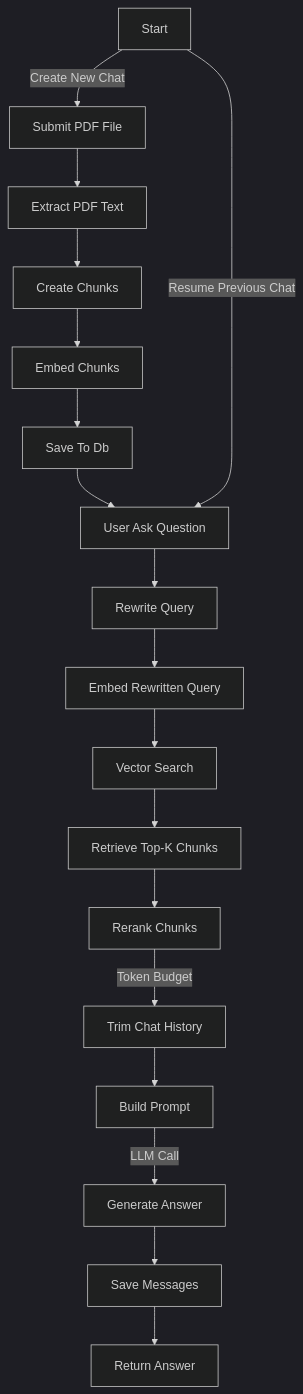
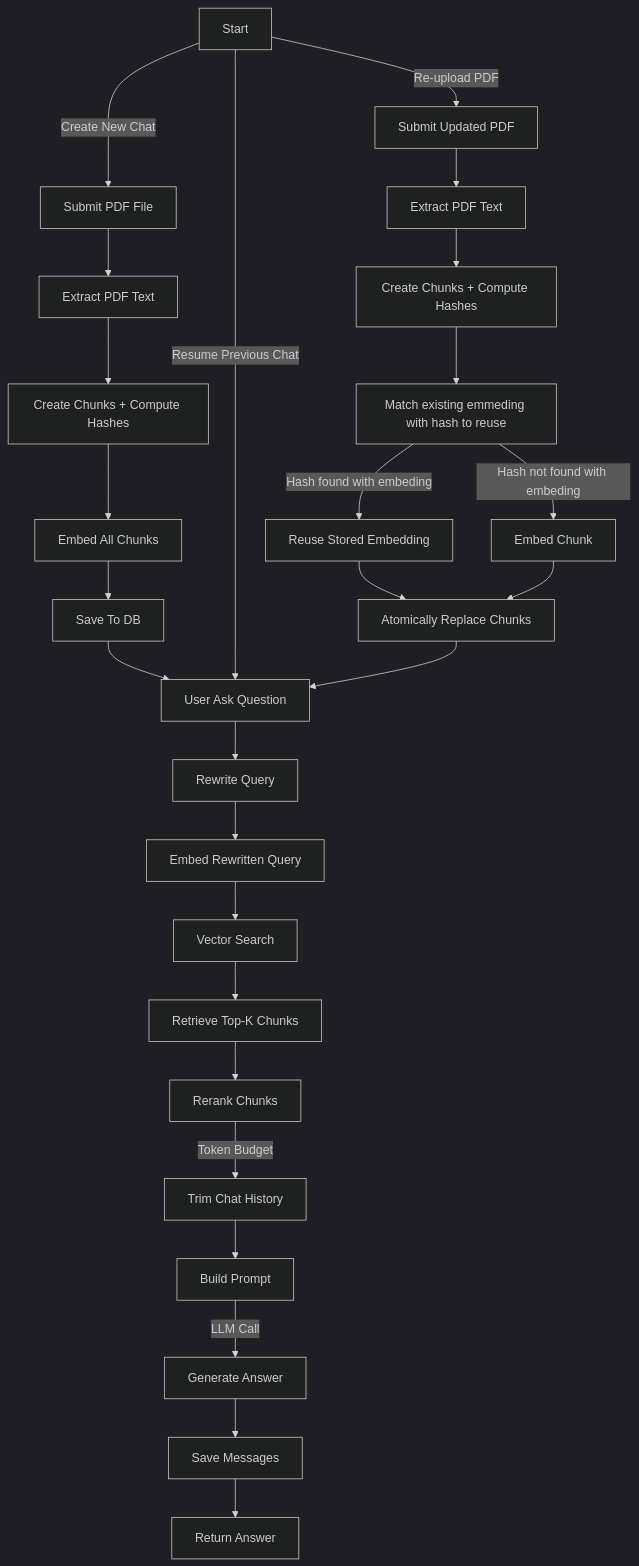
The diagram in README.md (jishnusaha/ask-my-pdf), drawn with Mermaid (dark theme) before and after one commit. The commit also changed other lines of this file, not shown here.

````diff
--- a/README.md
+++ b/README.md
@@ -259,22 +276,32 @@
 ```mermaid
 flowchart TD
 Start --> |Create New Chat| B[Submit PDF File]
 B --> C[Extract PDF Text]
-C --> D[Create Chunks]
-D --> E[Embed Chunks]
-E --> F[Save To Db]
+C --> D[Create Chunks + Compute Hashes]
+D --> E[Embed All Chunks]
+E --> F[Save To DB]
 F --> A1[User Ask Question]
 
 Start --> |Resume Previous Chat| A1
+
+Start --> |Re-upload PDF| R1[Submit Updated PDF]
+R1 --> R26[Extract PDF Text]
+R26 --> R2[Create Chunks + Compute Hashes]
+R2 --> R3[Match existing emmeding with hash to reuse]
+R3 --> |Hash found with embeding| R4[Reuse Stored Embedding]
+R3 --> |Hash not found with embeding| R5[Embed Chunk]
+R4 & R5 --> R6[Atomically Replace Chunks]
+R6 --> A1
+
 A1 --> B1[Rewrite Query]
 B1 --> C1[Embed Rewritten Query]
 C1 --> D1[Vector Search]
 D1 --> E1[Retrieve Top-K Chunks]
 E1 --> F1[Rerank Chunks]
 F1 --> |Token Budget| G1[Trim Chat History]
 G1 --> H1[Build Prompt]
 H1 --> |LLM Call|I1[Generate Answer]
 I1 --> J1[Save Messages]
 J1 --> K1[Return Answer]
 
 ```
````
